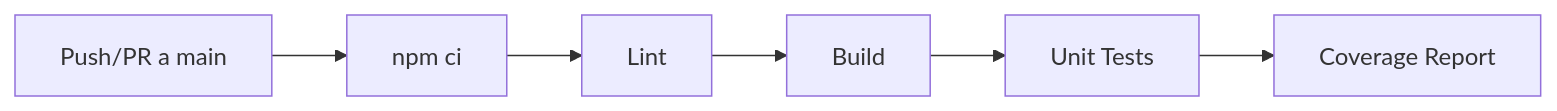
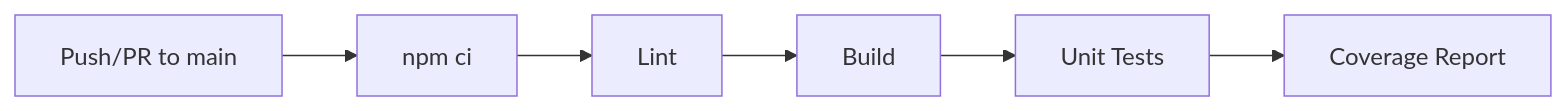
One commit to pablonux/legal-ai-ar changed diagram 12 of 13 in docs/roadmap/F00 - Development Environment and Structure/F00 - W01 - Comprehensive Documentation.md. Above: the diagram before and after it, drawn with Mermaid. The commit also changed other lines of this file and 8 other files, not shown here.

````diff
--- a/docs/roadmap/F00 - Development Environment and Structure/F00 - W01 - Comprehensive Documentation.md
+++ b/docs/roadmap/F00 - Development Environment and Structure/F00 - W01 - Comprehensive Documentation.md
@@ -1010,8 +1012,8 @@
 ```mermaid
 graph LR
-    A[Push/PR a main] --> B[npm ci]
+    A[Push/PR to main] --> B[npm ci]
     B --> C[Lint]
     C --> D[Build]
     D --> E[Unit Tests]
     E --> F[Coverage Report]
 ```
````
